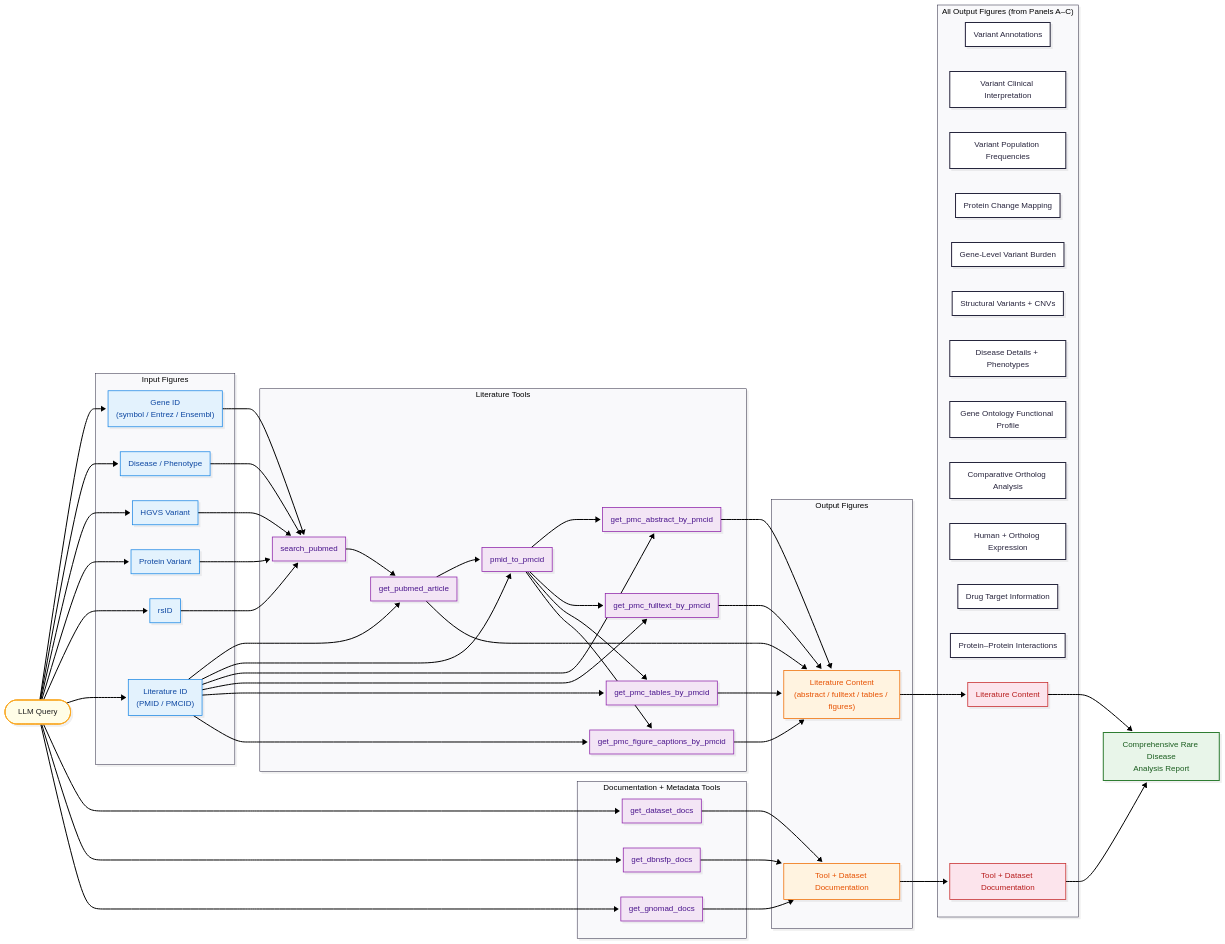
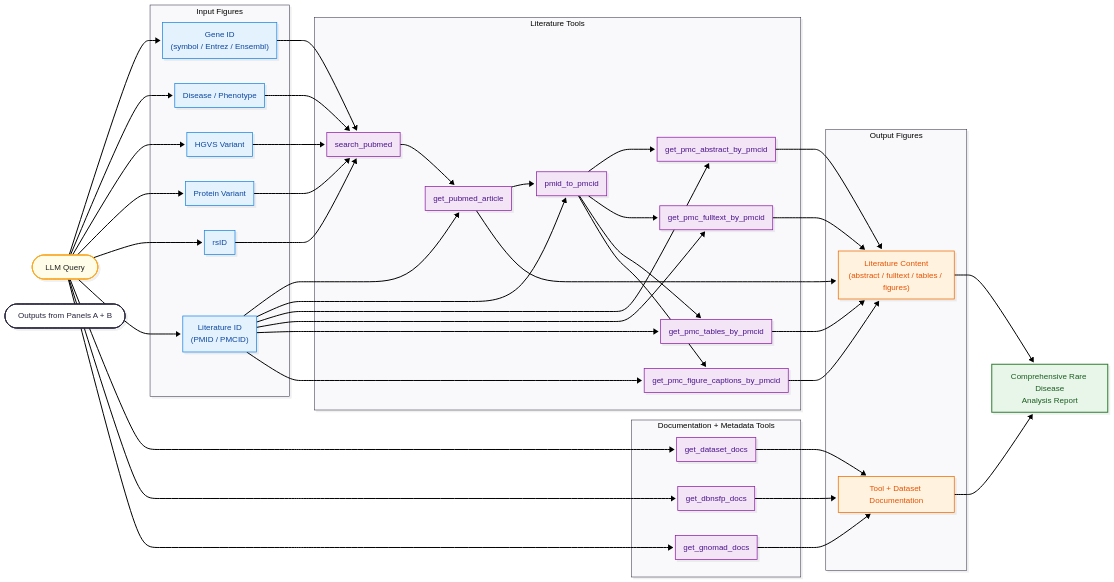
One commit to hyunhwan-bcm/MARRVEL_MCP changed the third of 3 diagrams in docs/TOOL_RELATIONSHIPS_DETAILED.md. Above: the diagram before and after it, drawn with Mermaid.

Commit message:
Refactor output relationships in TOOL_RELATIONSHIPS_DETAILED.md
Removed the subgraph for all output figures and updated connections to the comprehensive rare disease analysis report.

````diff
--- a/docs/TOOL_RELATIONSHIPS_DETAILED.md
+++ b/docs/TOOL_RELATIONSHIPS_DETAILED.md
@@ -254,22 +254,7 @@
         O_docs["Tool + Dataset Documentation"]
     end
 
-    subgraph All_Outputs["All Output Figures (from Panels A–C)"]
-        O_variant["Variant Annotations"]
-        O_variant_clin["Variant Clinical Interpretation"]
-        O_variant_freq["Variant Population Frequencies"]
-        O_protein_change["Protein Change Mapping"]
-        O_gene_stats["Gene-Level Variant Burden"]
-        O_cnv["Structural Variants + CNVs"]
-        O_disease["Disease Details + Phenotypes"]
-        O_go["Gene Ontology Functional Profile"]
-        O_ortholog["Comparative Ortholog Analysis"]
-        O_tissue["Human + Ortholog Expression"]
-        O_drug["Drug Target Information"]
-        O_ppi["Protein–Protein Interactions"]
-        O_lit_ref["Literature Content"]
-        O_docs_ref["Tool + Dataset Documentation"]
-    end
+    Panel_AB(["Outputs from Panels A + B"])
 
     R["Comprehensive Rare Disease<br/>Analysis Report"]
 
@@ -310,23 +295,19 @@
     T_dbnsfp_docs --> O_docs
     T_gnomad_docs --> O_docs
 
-    O_literature --> O_lit_ref
-    O_docs --> O_docs_ref
-
-    O_lit_ref --> R
-    O_docs_ref --> R
+    O_literature --> R
+    O_docs --> R
 
     classDef queryNode fill:#fffde7,stroke:#f9a825,stroke-width:2px,color:#212121
     classDef inputNode fill:#e3f2fd,stroke:#1e88e5,stroke-width:1.5px,color:#0d47a1
     classDef toolNode fill:#f3e5f5,stroke:#8e24aa,stroke-width:1.5px,color:#4a148c
     classDef outputNode fill:#fff3e0,stroke:#ef6c00,stroke-width:1.5px,color:#e65100
     classDef reportNode fill:#e8f5e9,stroke:#2e7d32,stroke-width:2px,color:#1b5e20
-    classDef synthNode fill:#fce4ec,stroke:#c62828,stroke-width:1.5px,color:#b71c1c
+    classDef refNode fill:#fce4ec,stroke:#c62828,stroke-width:2px,color:#b71c1c
 
     class Q queryNode
     class I_gene,I_disease,I_hgvs,I_protein,I_rsid,I_lit inputNode
     class T_pubmed_search,T_pubmed_article,T_pmid_pmcid,T_pmc_abs,T_pmc_full,T_pmc_tables,T_pmc_figs,T_dataset_docs,T_dbnsfp_docs,T_gnomad_docs toolNode
     class O_literature,O_docs outputNode
-    class O_lit_ref,O_docs_ref synthNode
     class R reportNode
 ```
````
